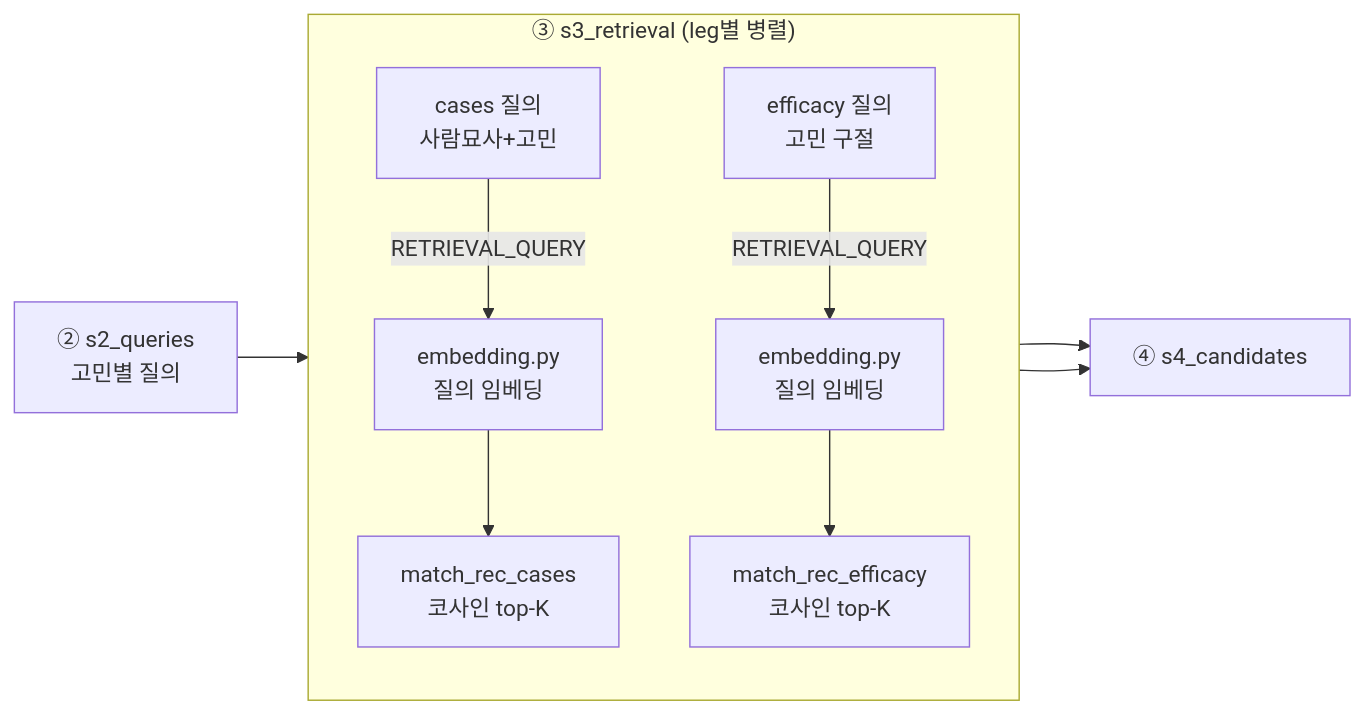
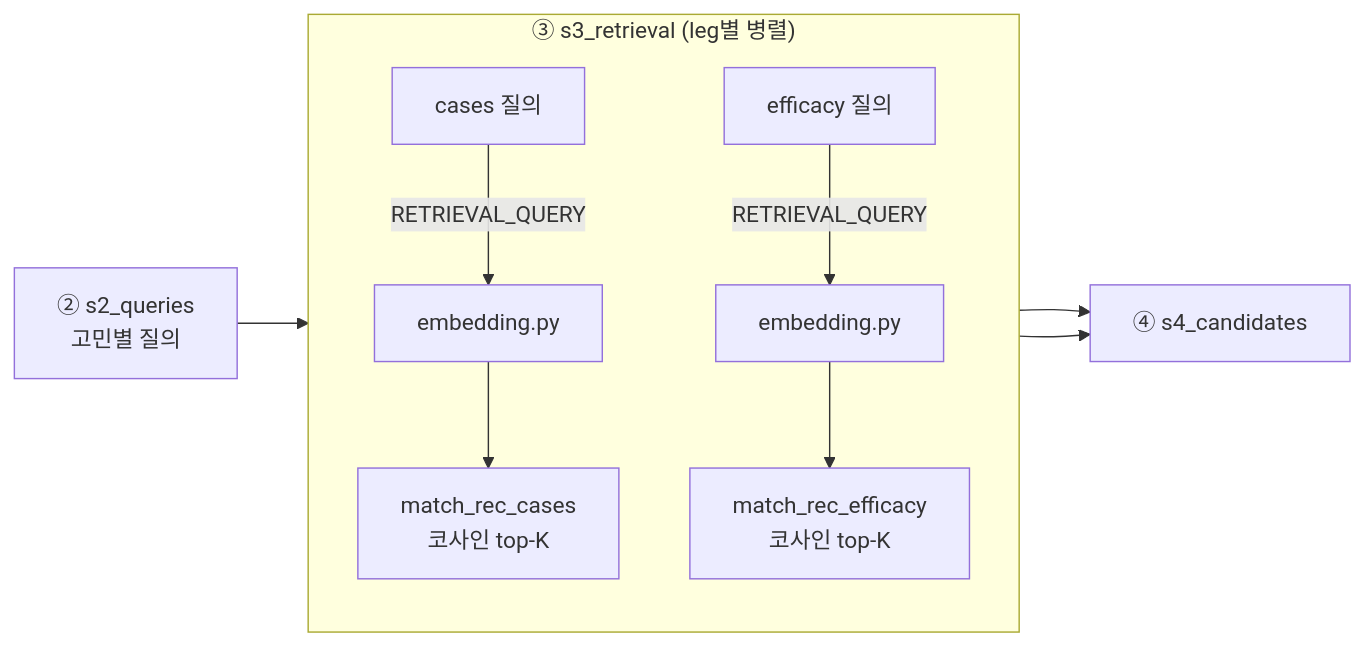
The diagram in docs/design/03-vector-retrieval.md (cosmos-incicrew/cosmos_server), drawn with Mermaid before and after one commit. The commit also changed other lines of this file and 4 other files, not shown here.

````diff
--- a/docs/design/03-vector-retrieval.md
+++ b/docs/design/03-vector-retrieval.md
@@ -88,13 +84,11 @@
 ```mermaid
 flowchart LR
     S2["② s2_queries<br/>고민별 질의"] --> R
     subgraph R["③ s3_retrieval (leg별 병렬)"]
         direction TB
-        QC["cases 질의<br/>사람묘사+고민"] -->|RETRIEVAL_QUERY| EC["embedding.py<br/>질의 임베딩"]
-        EC --> MC["match_rec_cases<br/>코사인 top-K"]
-        QE["efficacy 질의<br/>고민 구절"] -->|RETRIEVAL_QUERY| EE["embedding.py<br/>질의 임베딩"]
-        EE --> ME["match_rec_efficacy<br/>코사인 top-K"]
+        QC["cases 질의"] -->|RETRIEVAL_QUERY| EC["embedding.py"] --> MC["match_rec_cases<br/>코사인 top-K"]
+        QE["efficacy 질의"] -->|RETRIEVAL_QUERY| EE["embedding.py"] --> ME["match_rec_efficacy<br/>코사인 top-K"]
     end
     MC --> AGG["④ s4_candidates"]
     ME --> AGG
 ```
````
